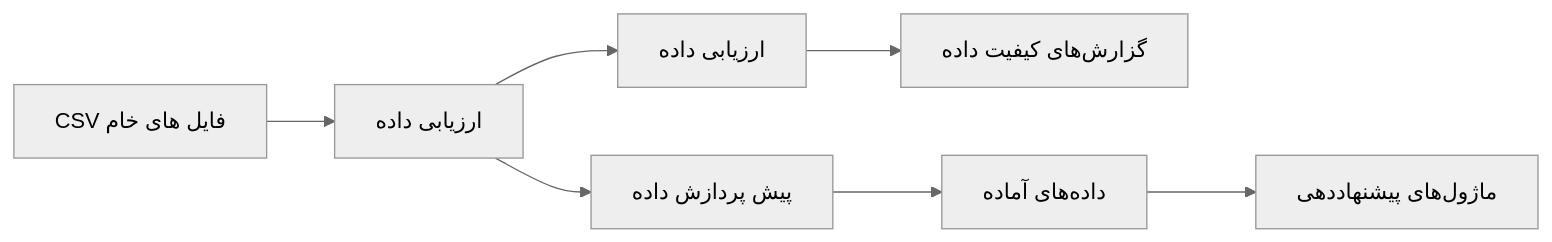
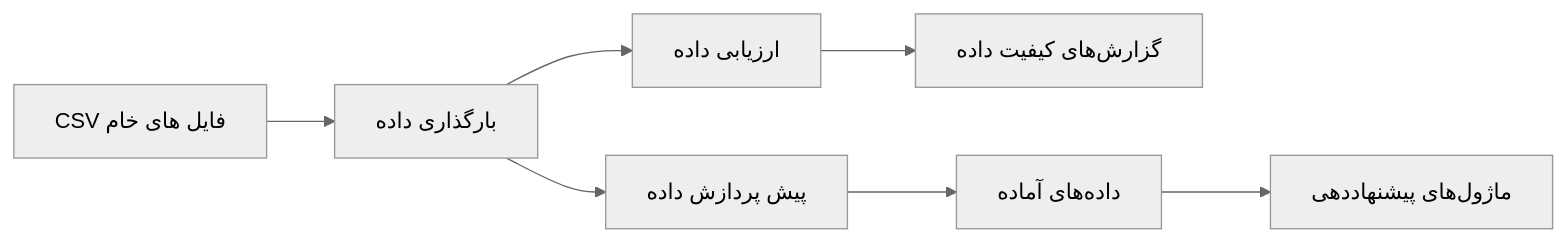
Before and after one commit to Hosein-imani/hybrid-recommendation-system: the second of 2 diagrams in docs/dataset.md, drawn with Mermaid (neutral theme).

```diff
--- a/docs/dataset.md
+++ b/docs/dataset.md
@@ -115,9 +115,9 @@
 ~~~mermaid
 flowchart LR
-    A[ CSV فایل های خام ] --> B[ارزیابی داده]
+    A[ CSV فایل های خام ] --> B[بارگذاری داده]
     B --> C[ارزیابی داده]
     B --> D[پیش پردازش داده]
     C --> E[گزارش‌های کیفیت داده]
     D --> F[داده‌های آماده]
     F --> G[ماژول‌های پیشنهاددهی]
 ~~~
```
